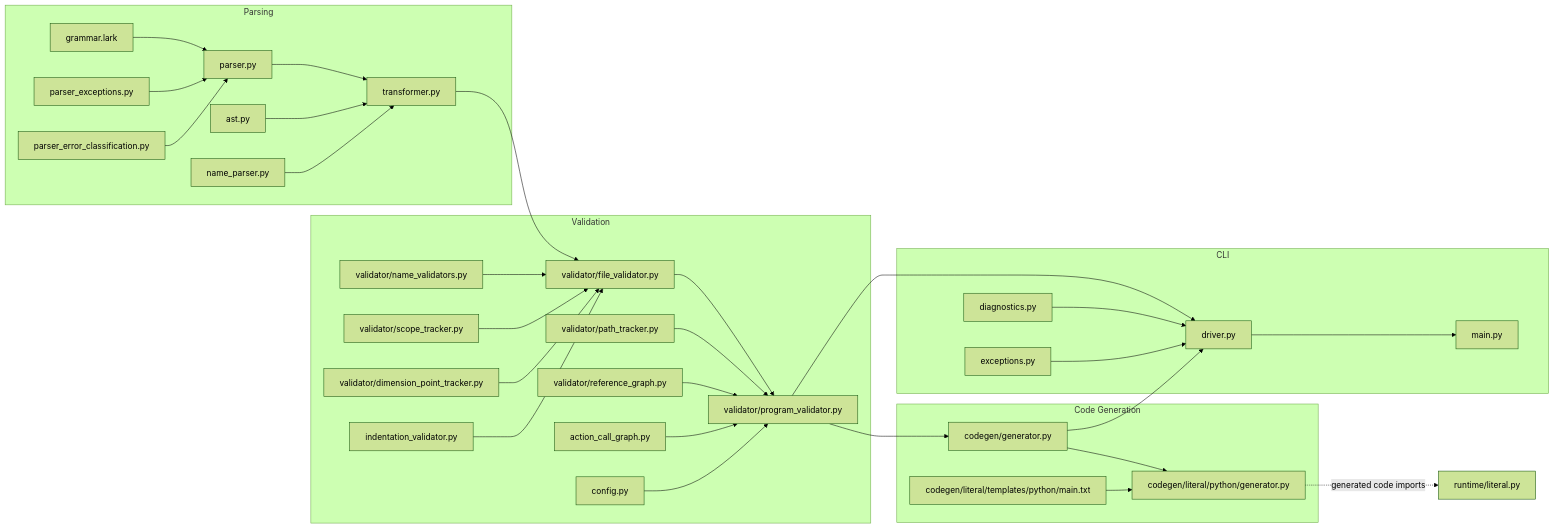
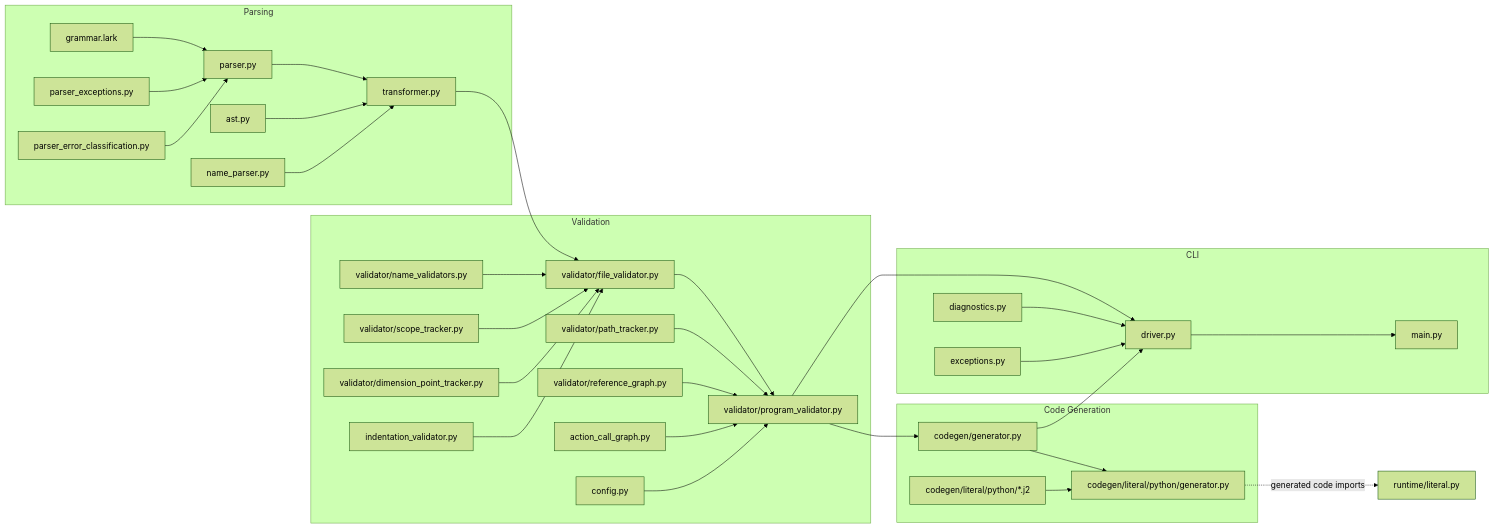
The diagram in define/AGENTS.md (define-lang/define), drawn with Mermaid (forest theme) before and after one commit. The commit also changed 11 other files, not shown here.

First line of the commit message:
Refactor Python codegen to use Jinja2 templates

````diff
--- a/define/AGENTS.md
+++ b/define/AGENTS.md
@@ -26,40 +26,40 @@
 ```mermaid
 flowchart LR
     subgraph Parsing
         Grammar["grammar.lark"] --> Parser["parser.py"]
         ParseErrors["parser_exceptions.py"] --> Parser
         ErrorClassification["parser_error_classification.py"] --> Parser
         Parser --> Transformer["transformer.py"]
         AST["ast.py"] --> Transformer
         NameParser["name_parser.py"] --> Transformer
     end
 
     subgraph Validation
         Transformer --> FileValidator["validator/file_validator.py"]
         NameValidators["validator/name_validators.py"] --> FileValidator
         ScopeTracker["validator/scope_tracker.py"] --> FileValidator
         DPTracker["validator/dimension_point_tracker.py"] --> FileValidator
         IndentValidator["indentation_validator.py"] --> FileValidator
         FileValidator --> ProgramValidator["validator/program_validator.py"]
         PathTracker["validator/path_tracker.py"] --> ProgramValidator
         ReferenceGraph["validator/reference_graph.py"] --> ProgramValidator
         ActionCallGraph["action_call_graph.py"] --> ProgramValidator
         Config["config.py"] --> ProgramValidator
     end
 
     subgraph CodeGen["Code Generation"]
         ProgramValidator --> CodeGenerator["codegen/generator.py"]
         CodeGenerator --> PythonGenerator["codegen/literal/python/generator.py"]
-        Template["codegen/literal/templates/python/main.txt"] --> PythonGenerator
+        Template["codegen/literal/python/*.j2"] --> PythonGenerator
     end
 
     subgraph CLI
         CodeGenerator --> Driver["driver.py"]
         ProgramValidator --> Driver
         Diagnostics["diagnostics.py"] --> Driver
         Exceptions["exceptions.py"] --> Driver
         Driver --> Main["main.py"]
     end
 
     PythonGenerator -.->|generated code imports| Runtime["runtime/literal.py"]
 ```
````
